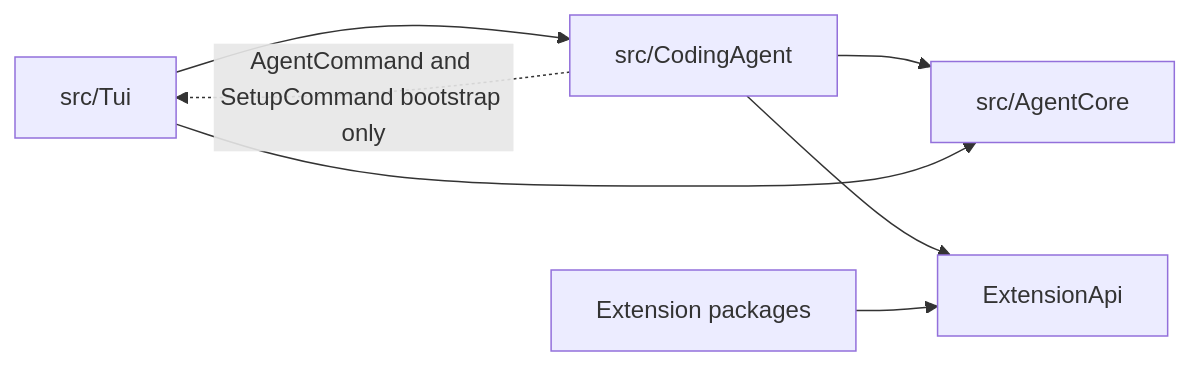
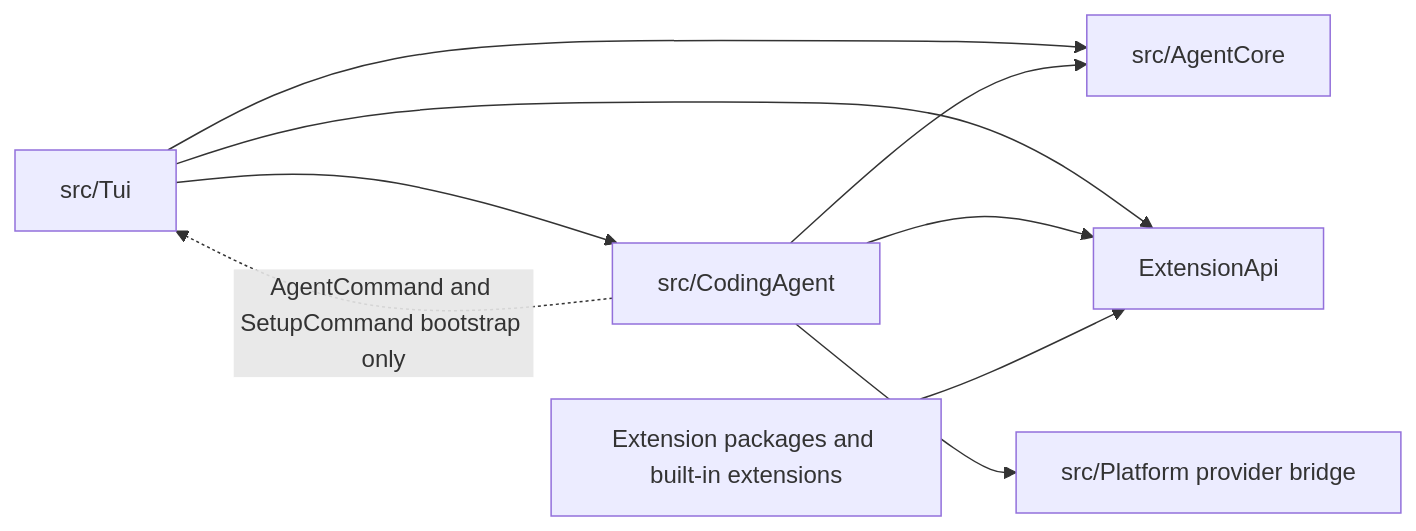
One commit to ineersa/agent-core changed the second of 2 diagrams in architecture/README.md. Above: the diagram before and after it, drawn with Mermaid. The commit also changed other lines of this file and 86 other files, not shown here.

First line of the commit message:
Fix documentation drift and expand architecture diagrams

````diff
--- a/architecture/README.md
+++ b/architecture/README.md
@@ -54,9 +62,11 @@
 ```mermaid
 flowchart LR
     TUI["src/Tui"] --> App["src/CodingAgent"]
-    App --> Core["src/AgentCore"]
-    App --> API["ExtensionApi"]
-    Packages["Extension packages"] --> API
-    TUI --> Core
-    App -.->|AgentCommand and SetupCommand bootstrap only| TUI
+    TUI --> Core["src/AgentCore"]
+    TUI --> API["ExtensionApi"]
+    App --> Core
+    App --> API
+    App --> Bridge["src/Platform provider bridge"]
+    Packages["Extension packages and built-in extensions"] --> API
+    App -.->|"AgentCommand and SetupCommand bootstrap only"| TUI
 ```
````
